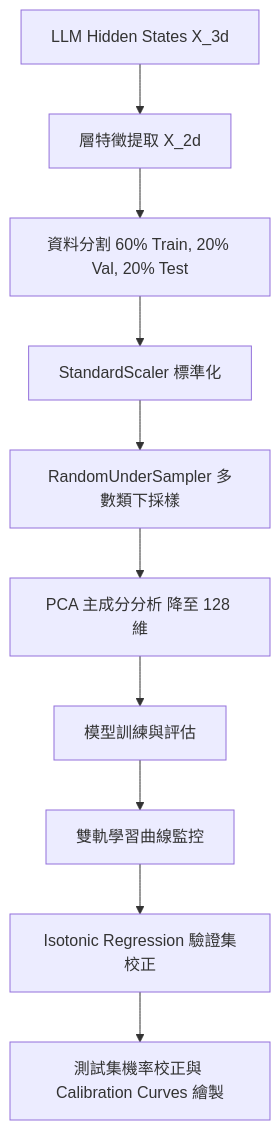
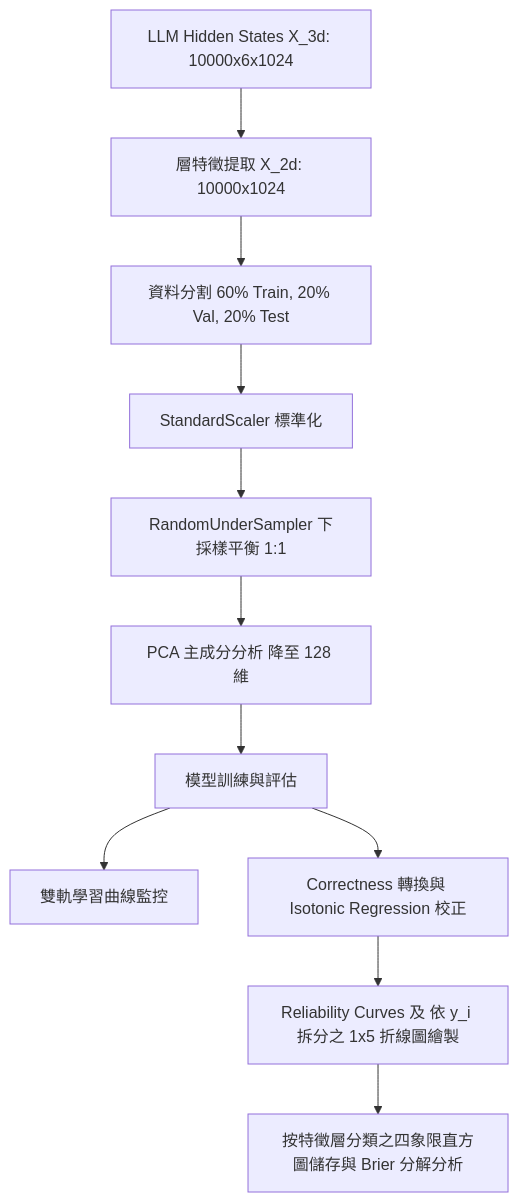
Before and after one commit to weiwei20060505/Safety-training-dataset: the diagram in EXECUTION_SUMMARY.md, drawn with Mermaid. The commit also changed other lines of this file and 36 other files, not shown here.

````diff
--- a/EXECUTION_SUMMARY.md
+++ b/EXECUTION_SUMMARY.md
@@ -23,12 +24,13 @@
 ```mermaid
 graph TD
-    A[LLM Hidden States X_3d] --> B[層特徵提取 X_2d]
+    A[LLM Hidden States X_3d: 10000x6x1024] --> B[層特徵提取 X_2d: 10000x1024]
     B --> C[資料分割 60% Train, 20% Val, 20% Test]
     C --> D[StandardScaler 標準化]
-    D --> E[RandomUnderSampler 多數類下採樣]
+    D --> E[RandomUnderSampler 下採樣平衡 1:1]
     E --> F[PCA 主成分分析 降至 128 維]
     F --> G[模型訓練與評估]
     G --> H[雙軌學習曲線監控]
-    H --> I[Isotonic Regression 驗證集校正]
-    I --> J[測試集機率校正與 Calibration Curves 繪製]
+    G --> I[Correctness 轉換與 Isotonic Regression 校正]
+    I --> J[Reliability Curves 及 依 y_i 拆分之 1x5 折線圖繪製]
+    J --> K[按特徵層分類之四象限直方圖儲存與 Brier 分解分析]
 ```
````
